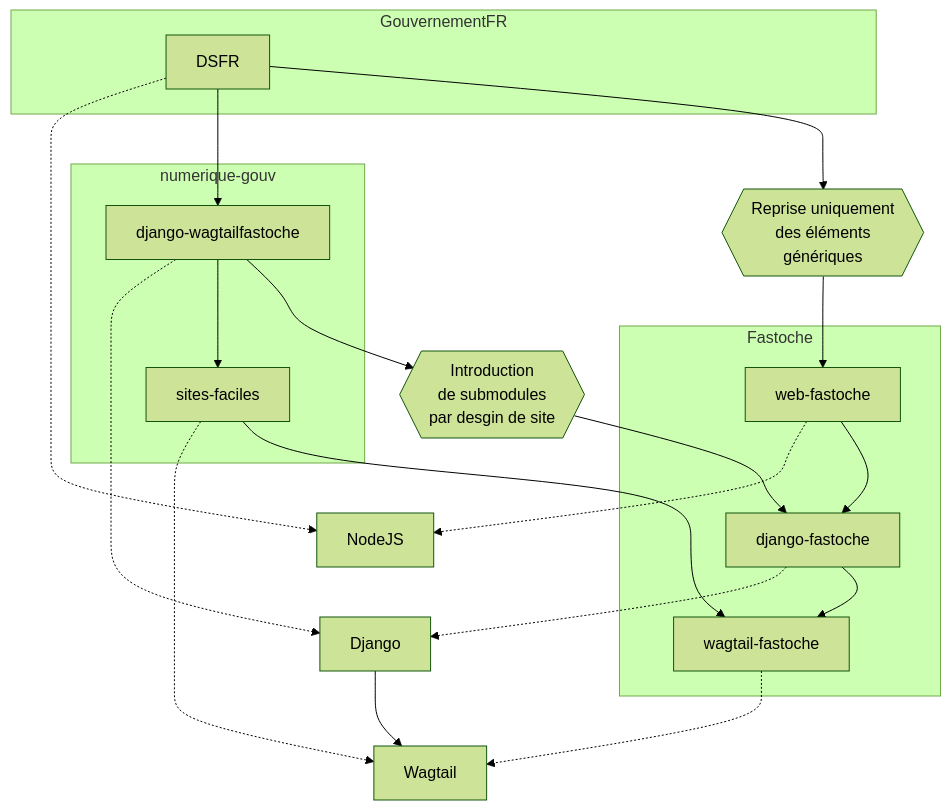
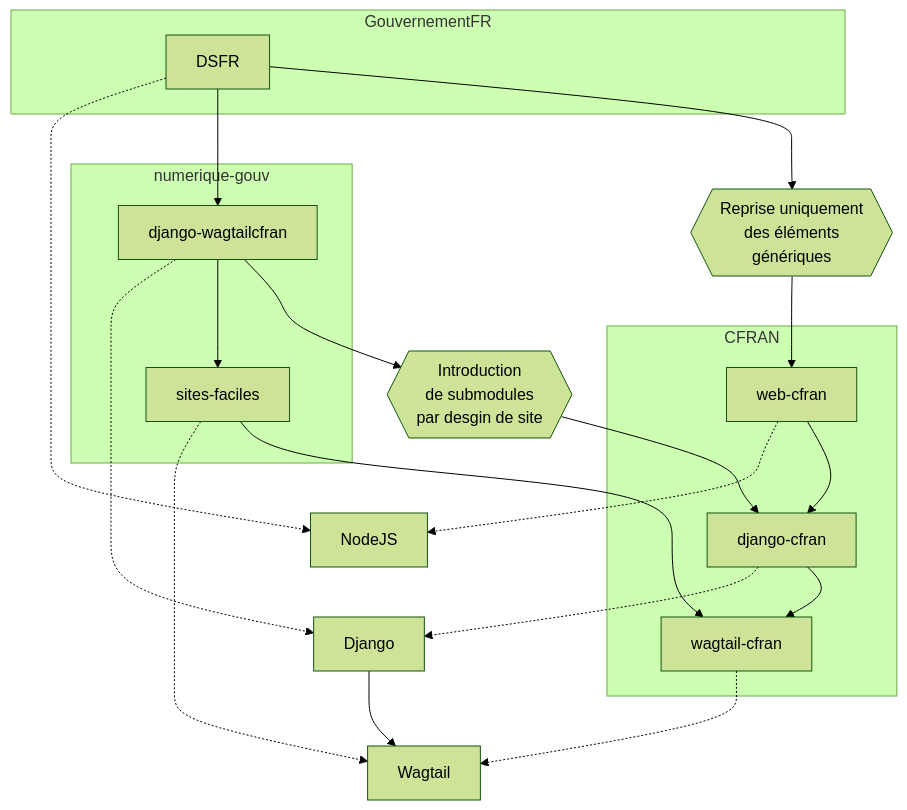
One commit to chris2fr/wagtail-village changed the diagram in README.md. Above: the diagram before and after it, drawn with Mermaid (forest theme). The commit also changed other lines of this file and 240 other files, not shown here.

````diff
--- a/README.md
+++ b/README.md
@@ -21,37 +21,37 @@
 ```mermaid
 flowchart TD
 
 subgraph GouvernementFR
 	DSFR
 end
 subgraph numerique-gouv
-	django-wagtailfastoche
+	django-wagtailcfran
 	sites-faciles
 end
-subgraph Fastoche 
-	web-fastoche
-	django-fastoche
-	wagtail-fastoche
+subgraph CFRAN 
+	web-cfran
+	django-cfran
+	wagtail-cfran
 end
 
 
-django-wagtailfastoche -.-> Django 
+django-wagtailcfran -.-> Django 
  sites-faciles-.-> Wagtail 
- django-fastoche -.-> Django
-wagtail-fastoche -.-> Wagtail 
+ django-cfran -.-> Django
+wagtail-cfran -.-> Wagtail 
 DSFR -.-> NodeJS 
-web-fastoche  -.-> NodeJS 
+web-cfran  -.-> NodeJS 
 
-DSFR --> django-wagtailfastoche
-django-wagtailfastoche --> sites-faciles
+DSFR --> django-wagtailcfran
+django-wagtailcfran --> sites-faciles
 DSFR --> uniquement-generique{{Reprise uniquement\ndes éléments\ngénériques}}
-uniquement-generique --> web-fastoche
-web-fastoche --> django-fastoche
+uniquement-generique --> web-cfran
+web-cfran --> django-cfran
 
-django-wagtailfastoche --> intro-submodules{{Introduction\nde submodules\npar desgin de site}}
-intro-submodules --> django-fastoche
-django-fastoche --> wagtail-fastoche
-sites-faciles --> wagtail-fastoche
+django-wagtailcfran --> intro-submodules{{Introduction\nde submodules\npar desgin de site}}
+intro-submodules --> django-cfran
+django-cfran --> wagtail-cfran
+sites-faciles --> wagtail-cfran
 
 Django --> Wagtail
 ```
````
